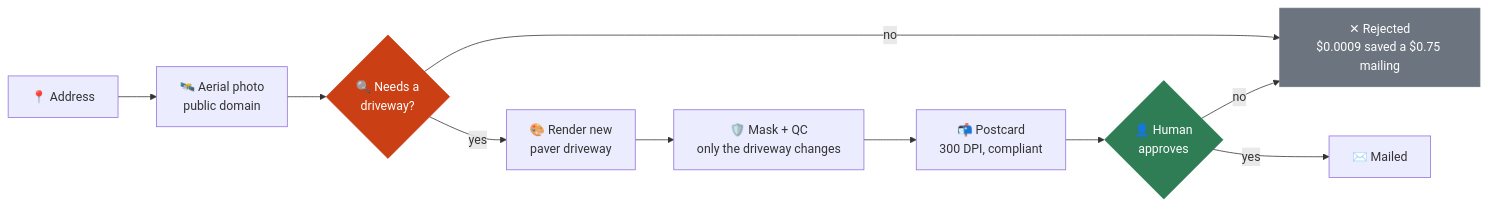
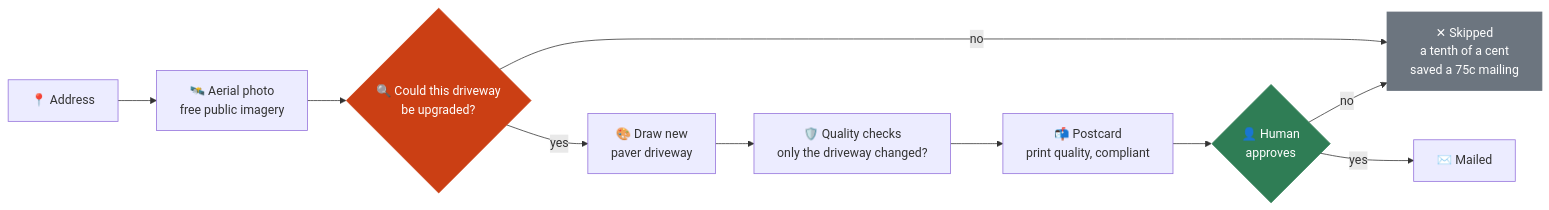
Before and after one commit to Zerubabel-J/curbside: the first of 5 diagrams in README.md, drawn with Mermaid. The commit also changed other lines of this file, not shown here.

````diff
--- a/README.md
+++ b/README.md
@@ -34,16 +89,16 @@
 ```mermaid
 flowchart LR
-    A["📍 Address"] --> B["🛰️ Aerial photo<br/>public domain"]
-    B --> C{"🔍 Needs a<br/>driveway?"}
-    C -->|no| X["✕ Rejected<br/>$0.0009 saved a $0.75 mailing"]
-    C -->|yes| D["🎨 Render new<br/>paver driveway"]
-    D --> E["🛡️ Mask + QC<br/>only the driveway changes"]
-    E --> F["📬 Postcard<br/>300 DPI, compliant"]
+    A["📍 Address"] --> B["🛰️ Aerial photo<br/>free public imagery"]
+    B --> C{"🔍 Could this driveway<br/>be upgraded?"}
+    C -->|no| X["✕ Skipped<br/>a tenth of a cent<br/>saved a 75c mailing"]
+    C -->|yes| D["🎨 Draw new<br/>paver driveway"]
+    D --> E["🛡️ Quality checks<br/>only the driveway changed?"]
+    E --> F["📬 Postcard<br/>print quality, compliant"]
     F --> G{"👤 Human<br/>approves"}
     G -->|yes| H["✉️ Mailed"]
     G -->|no| X
 
     style C fill:#cb3f14,stroke:#cb3f14,color:#fff
     style G fill:#2f7d55,stroke:#2f7d55,color:#fff
     style X fill:#6c757f,stroke:#6c757f,color:#fff
 ```
````
